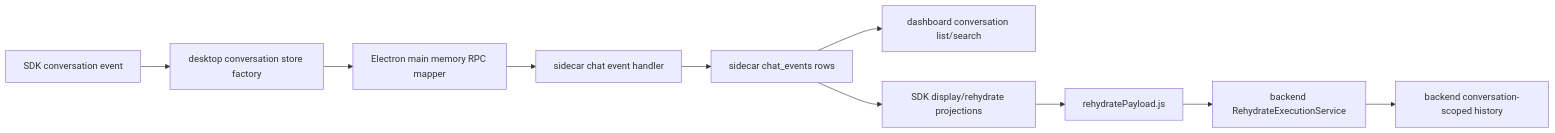
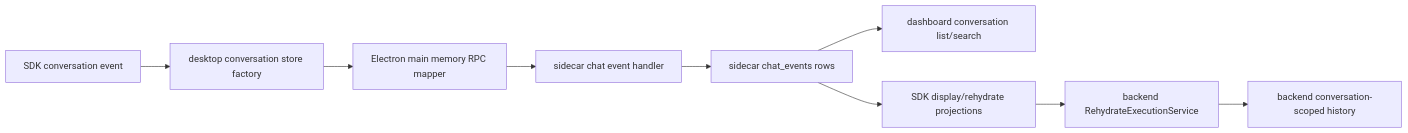
The diagram in docs/memory/transcript_replay_change_workflow.md (buiilding/My_Own_OpenClaw), drawn with Mermaid before and after one commit. The commit also changed other lines of this file and 11 other files, not shown here.

First line of the commit message:
refactor(frontend): remove renderer rehydrate payload helper

````diff
--- a/docs/memory/transcript_replay_change_workflow.md
+++ b/docs/memory/transcript_replay_change_workflow.md
@@ -18,12 +18,11 @@
 ```mermaid
 flowchart LR
     A["SDK conversation event"] --> B["desktop conversation store factory"]
     B --> C["Electron main memory RPC mapper"]
     C --> D["sidecar chat event handler"]
     D --> E["sidecar chat_events rows"]
     E --> F["dashboard conversation list/search"]
     E --> G["SDK display/rehydrate projections"]
-    G --> H["rehydratePayload.js"]
-    H --> I["backend RehydrateExecutionService"]
+    G --> I["backend RehydrateExecutionService"]
     I --> J["backend conversation-scoped history"]
 ```
````
